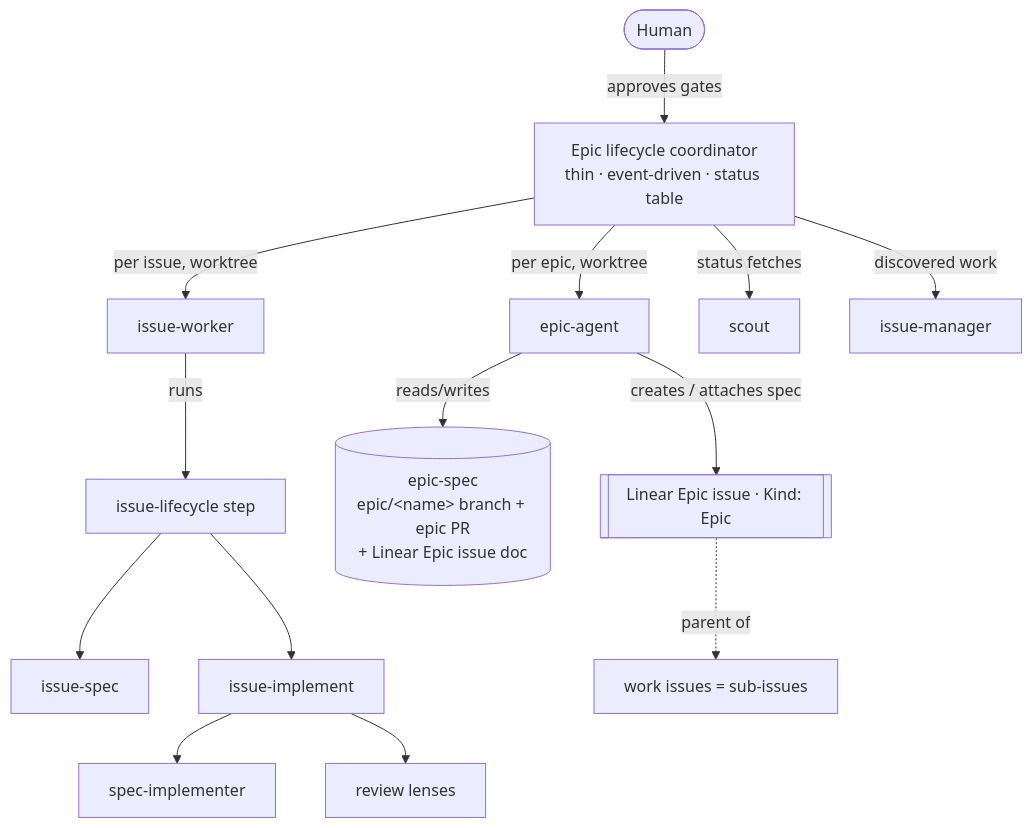
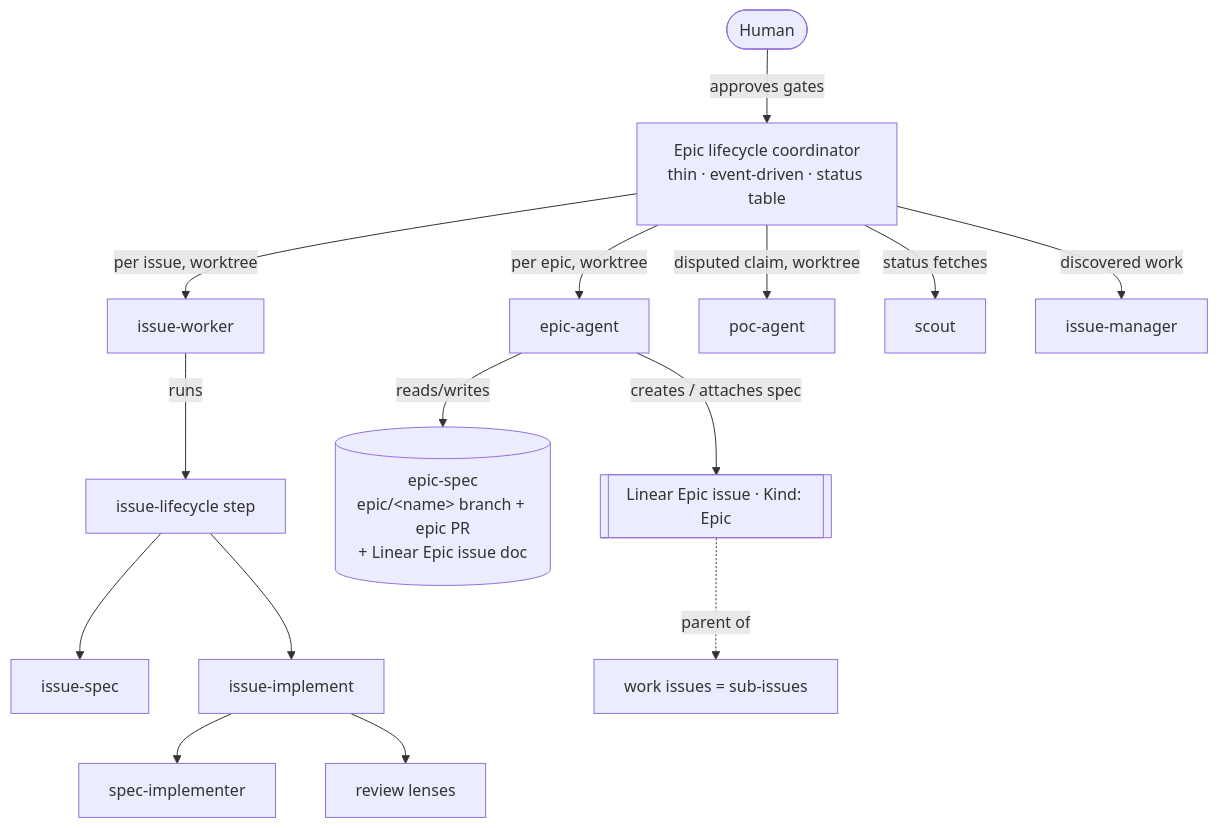
The first of 4 diagrams in docs/contributing/orchestration.md (fixpoint-labs/flow-state-dev), drawn with Mermaid before and after one commit. The commit also changed other lines of this file and 13 other files, not shown here.

````diff
--- a/docs/contributing/orchestration.md
+++ b/docs/contributing/orchestration.md
@@ -38,15 +39,16 @@
 ```mermaid
 flowchart TD
   U([Human]) -->|approves gates| Coord
   Coord[Epic lifecycle coordinator<br/>thin · event-driven · status table]
   Coord -->|per issue, worktree| IW[issue-worker]
   Coord -->|per epic, worktree| EA[epic-agent]
+  Coord -->|disputed claim, worktree| PA[poc-agent]
   Coord -->|status fetches| SC[scout]
   Coord -->|discovered work| IM[issue-manager]
   IW -->|runs| IL[issue-lifecycle step]
   IL --> CS[issue-spec] & II[issue-implement]
   II --> SI[spec-implementer] & RV[review lenses]
   EA -->|reads/writes| ES[(epic-spec<br/>epic/&lt;name&gt; branch + epic PR<br/>+ Linear Epic issue doc)]
   EPIC[[Linear Epic issue · Kind: Epic]] -.->|parent of| ISS[work issues = sub-issues]
   EA -->|creates / attaches spec| EPIC
 ```
````
